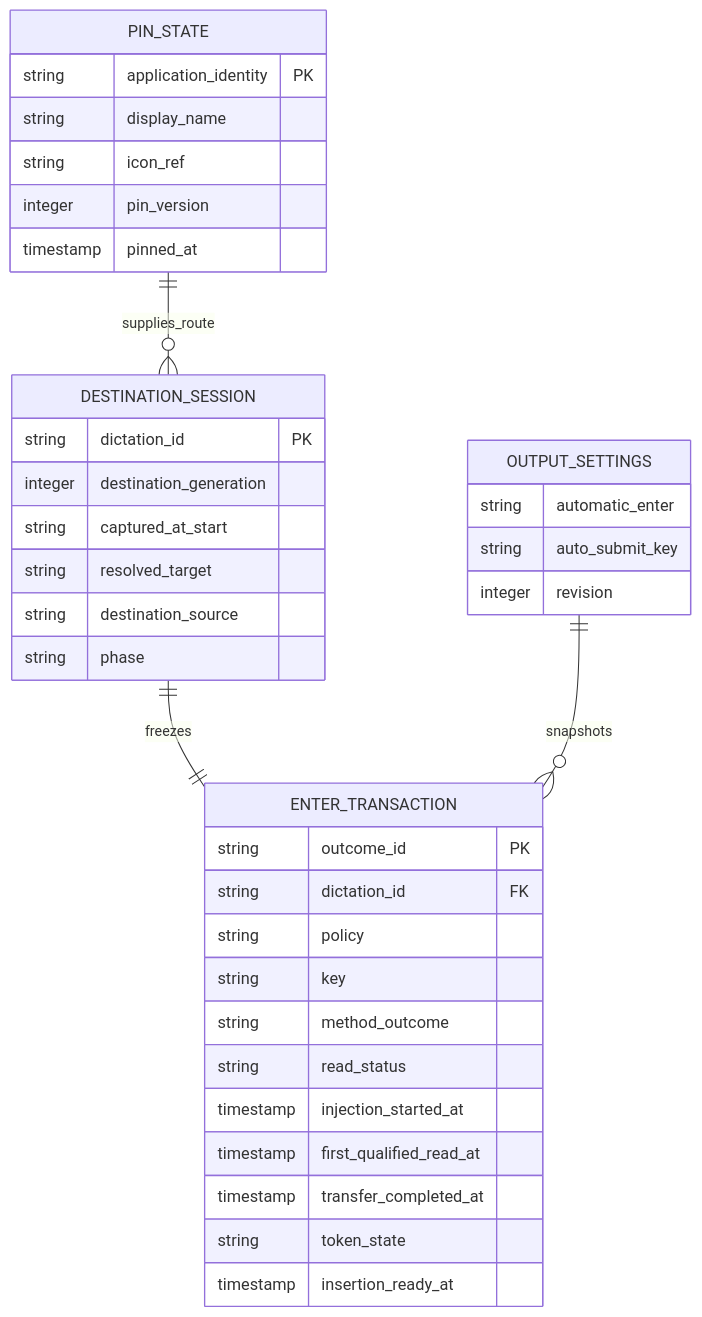
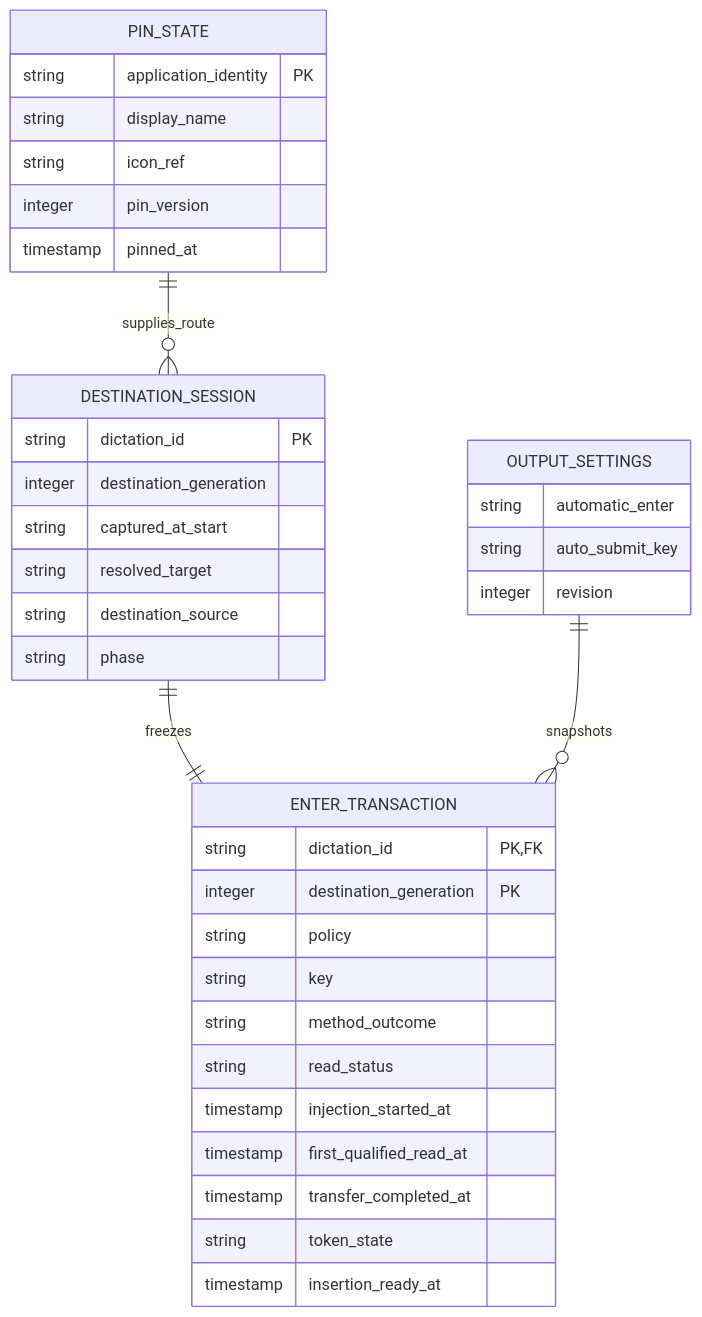
Before and after one commit to julien-m/handy: the fourth of 4 diagrams in .specs/features/009-pin-mode-and-enter-rule/plan.md, drawn with Mermaid. The commit also changed other lines of this file and 4 other files, not shown here.

````diff
--- a/.specs/features/009-pin-mode-and-enter-rule/plan.md
+++ b/.specs/features/009-pin-mode-and-enter-rule/plan.md
@@ -358,39 +415,39 @@
 ```mermaid
 erDiagram
   PIN_STATE ||--o{ DESTINATION_SESSION : supplies_route
   DESTINATION_SESSION ||--|| ENTER_TRANSACTION : freezes
   OUTPUT_SETTINGS ||--o{ ENTER_TRANSACTION : snapshots
   PIN_STATE {
     string application_identity PK
     string display_name
     string icon_ref
     integer pin_version
     timestamp pinned_at
   }
   DESTINATION_SESSION {
     string dictation_id PK
     integer destination_generation
     string captured_at_start
     string resolved_target
     string destination_source
     string phase
   }
   OUTPUT_SETTINGS {
     string automatic_enter
     string auto_submit_key
     integer revision
   }
   ENTER_TRANSACTION {
-    string outcome_id PK
-    string dictation_id FK
+    string dictation_id PK, FK
+    integer destination_generation PK
     string policy
     string key
     string method_outcome
     string read_status
     timestamp injection_started_at
     timestamp first_qualified_read_at
     timestamp transfer_completed_at
     string token_state
     timestamp insertion_ready_at
   }
 ```
````
